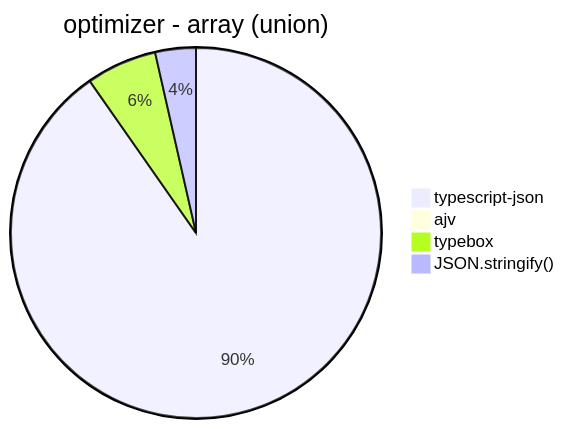
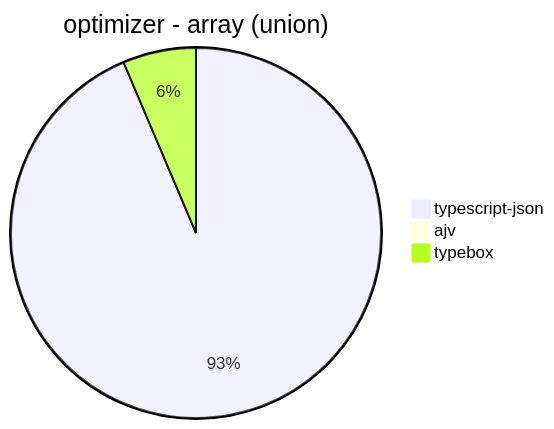
Diagram 30 of 39 in benchmark/results/AMD Ryzen 7 5800H with Radeon Graphics.md (samchon/typia), drawn with Mermaid before and after one commit. The commit also changed other lines of this file and 21 other files, not shown here.

````diff
--- a/benchmark/results/AMD Ryzen 7 5800H with Radeon Graphics.md
+++ b/benchmark/results/AMD Ryzen 7 5800H with Radeon Graphics.md
@@ -364,7 +359,6 @@
 ```mermaid
 pie title optimizer - array (union)
   "typescript-json": 3892.7853881278543
   "ajv": 6.330292310556692
   "typebox": 265.6563812306007
-  "JSON.stringify()": 153.08595935110944
 ```
````
